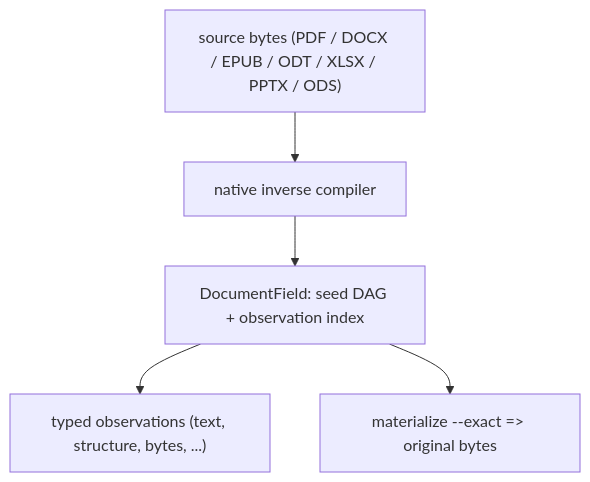
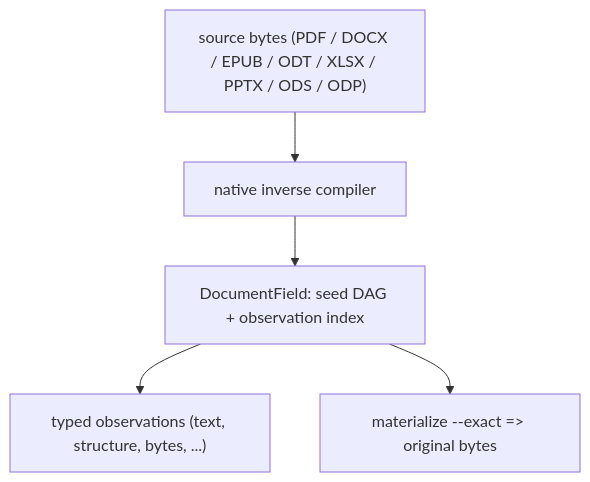
Before and after one commit to infinityabundance/vole-document: the diagram in README.md, drawn with Mermaid. The commit also changed other lines of this file and 10 other files, not shown here.

````diff
--- a/README.md
+++ b/README.md
@@ -114,7 +114,7 @@
 ```mermaid
 flowchart TD
-    A["source bytes (PDF / DOCX / EPUB / ODT / XLSX / PPTX / ODS)"] --> B["native inverse compiler"]
+    A["source bytes (PDF / DOCX / EPUB / ODT / XLSX / PPTX / ODS / ODP)"] --> B["native inverse compiler"]
     B --> C["DocumentField: seed DAG + observation index"]
     C --> D["typed observations (text, structure, bytes, ...)"]
     C --> E["materialize --exact => original bytes"]
 ```
````
